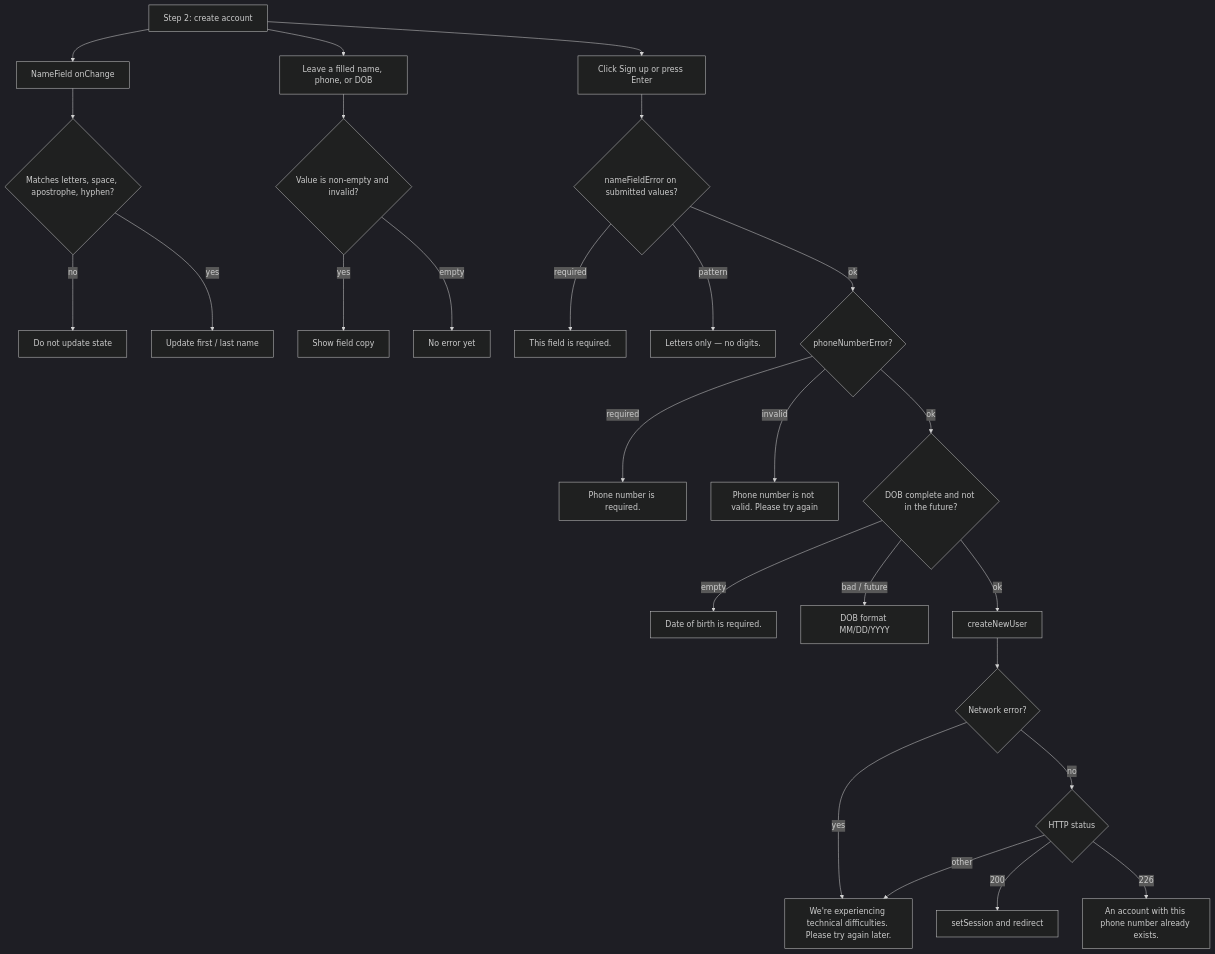
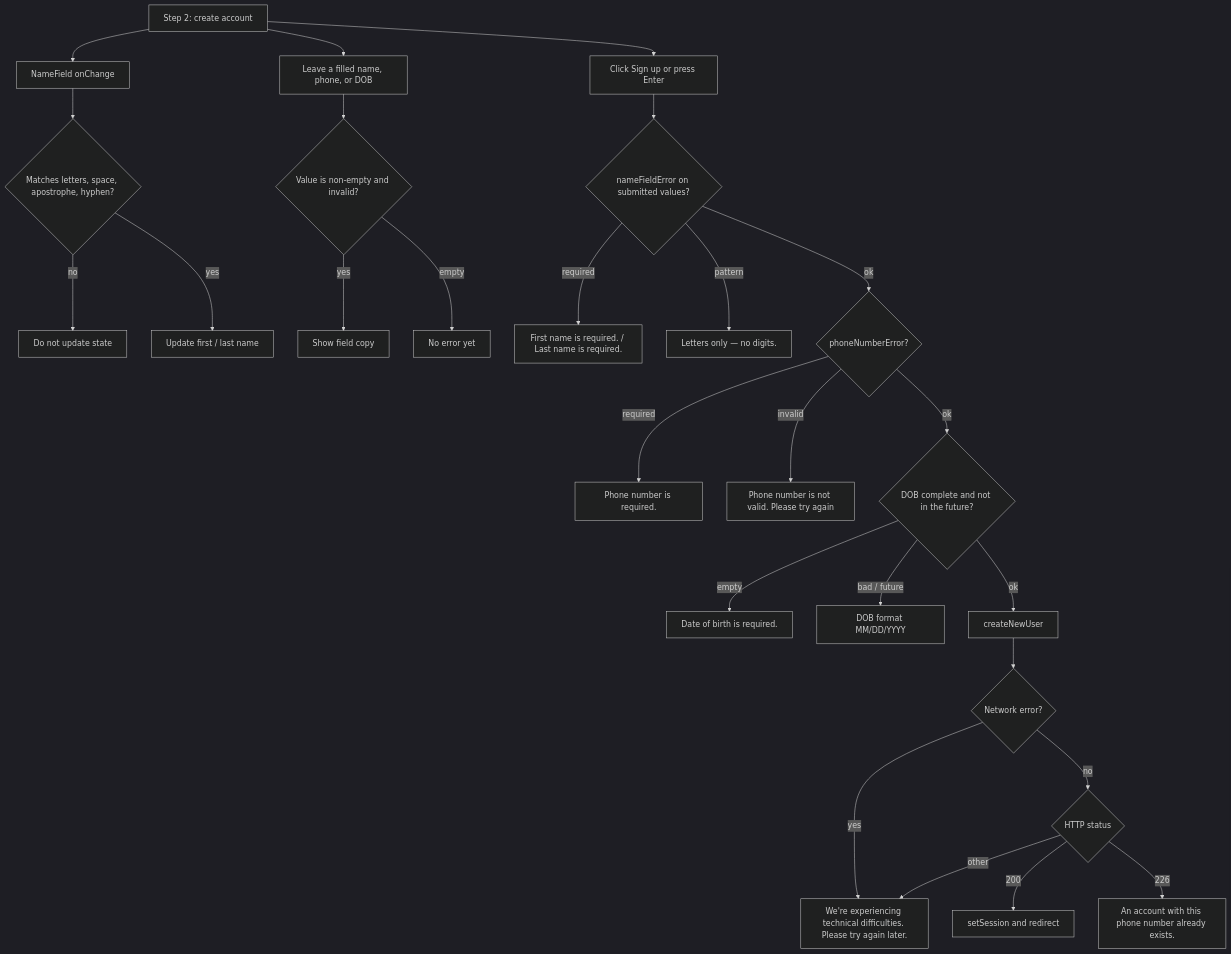
Before and after one commit to CRE8Interactions/frontend-buyer-app: the diagram in docs/create-account-validations.mmd, drawn with Mermaid (dark theme). The commit also changed 13 other files, not shown here.

```diff
--- a/docs/create-account-validations.mmd
+++ b/docs/create-account-validations.mmd
@@ -1,36 +1,36 @@
 %% Step 2: create account
 %% Source: app/login/page.tsx and lib/fieldValidation.ts
 %% Email is shown disabled (from Step 0) and is not validated on this form
 %% Network: We're experiencing technical difficulties. Please try again later.
 
 flowchart TD
   profileStep[Step 2: create account] --> liveNames[NameField onChange]
   liveNames --> nameFilter{Matches letters, space, apostrophe, hyphen?}
   nameFilter -->|no| ignoreKey[Do not update state]
   nameFilter -->|yes| namesOk[Update first / last name]
 
   profileStep --> blurHint[Leave a filled name, phone, or DOB]
   blurHint --> blurCheck{Value is non-empty and invalid?}
   blurCheck -->|yes| showHint[Show field copy]
   blurCheck -->|empty| stayQuiet[No error yet]
 
   profileStep --> submit[Click Sign up or press Enter]
   submit --> checkNames{nameFieldError on submitted values?}
-  checkNames -->|required| nameReq[This field is required.]
+  checkNames -->|required| nameReq[First name is required. / Last name is required.]
   checkNames -->|pattern| namePat[Letters only — no digits.]
   checkNames -->|ok| checkPhone{phoneNumberError?}
 
   checkPhone -->|required| phoneReq[Phone number is required.]
   checkPhone -->|invalid| phoneBad[Phone number is not valid. Please try again]
   checkPhone -->|ok| checkDob{DOB complete and not in the future?}
 
   checkDob -->|empty| dobReq[Date of birth is required.]
   checkDob -->|bad / future| dobBad[DOB format MM/DD/YYYY]
   checkDob -->|ok| createUser[createNewUser]
 
   createUser --> createNet{Network error?}
   createNet -->|yes| network["We're experiencing technical difficulties. Please try again later."]
   createNet -->|no| createStatus{HTTP status}
   createStatus -->|200| sessionOk[setSession and redirect]
   createStatus -->|226| phoneExists[An account with this phone number already exists.]
   createStatus -->|other| network
```
